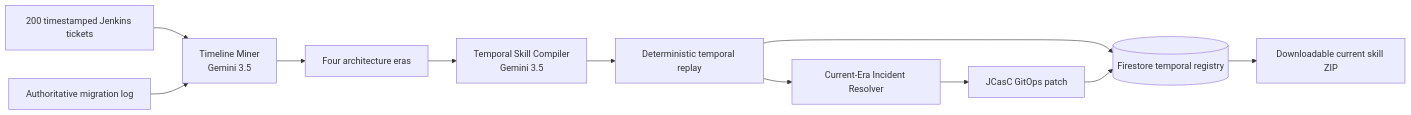
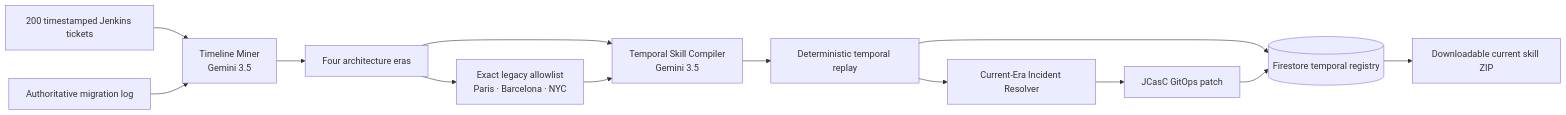
The diagram in docs/architecture.md (alexzerg/ticket2skill), drawn with Mermaid before and after one commit. The commit also changed other lines of this file and 19 other files, not shown here.

Commit message:
feat: add legacy Jenkins exceptions and align timeline

````diff
--- a/docs/architecture.md
+++ b/docs/architecture.md
@@ -3,13 +3,15 @@
 ```mermaid
 flowchart LR
     T[200 timestamped Jenkins tickets] --> M[Timeline Miner\nGemini 3.5]
     C[Authoritative migration log] --> M
     M --> E[Four architecture eras]
+    E --> X[Exact legacy allowlist\nParis · Barcelona · NYC]
     E --> S[Temporal Skill Compiler\nGemini 3.5]
+    X --> S
     S --> R[Deterministic temporal replay]
     R --> I[Current-Era Incident Resolver]
     I --> P[JCasC GitOps patch]
     R --> F[(Firestore temporal registry)]
     P --> F
     F --> Z[Downloadable current skill ZIP]
 ```
````
